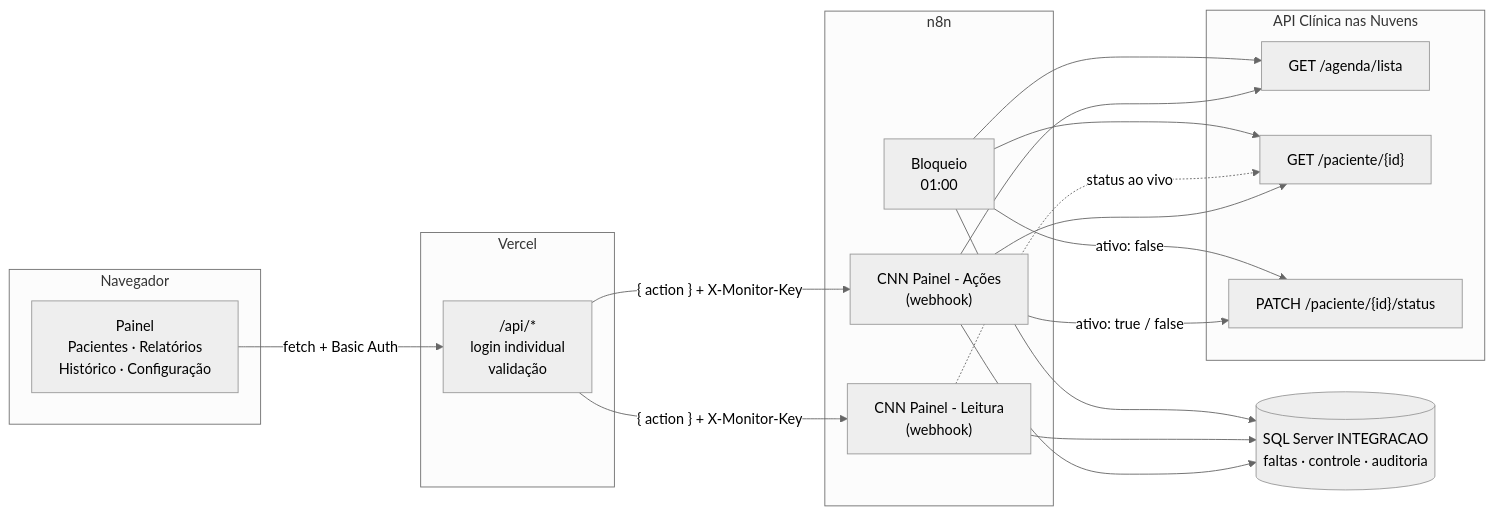
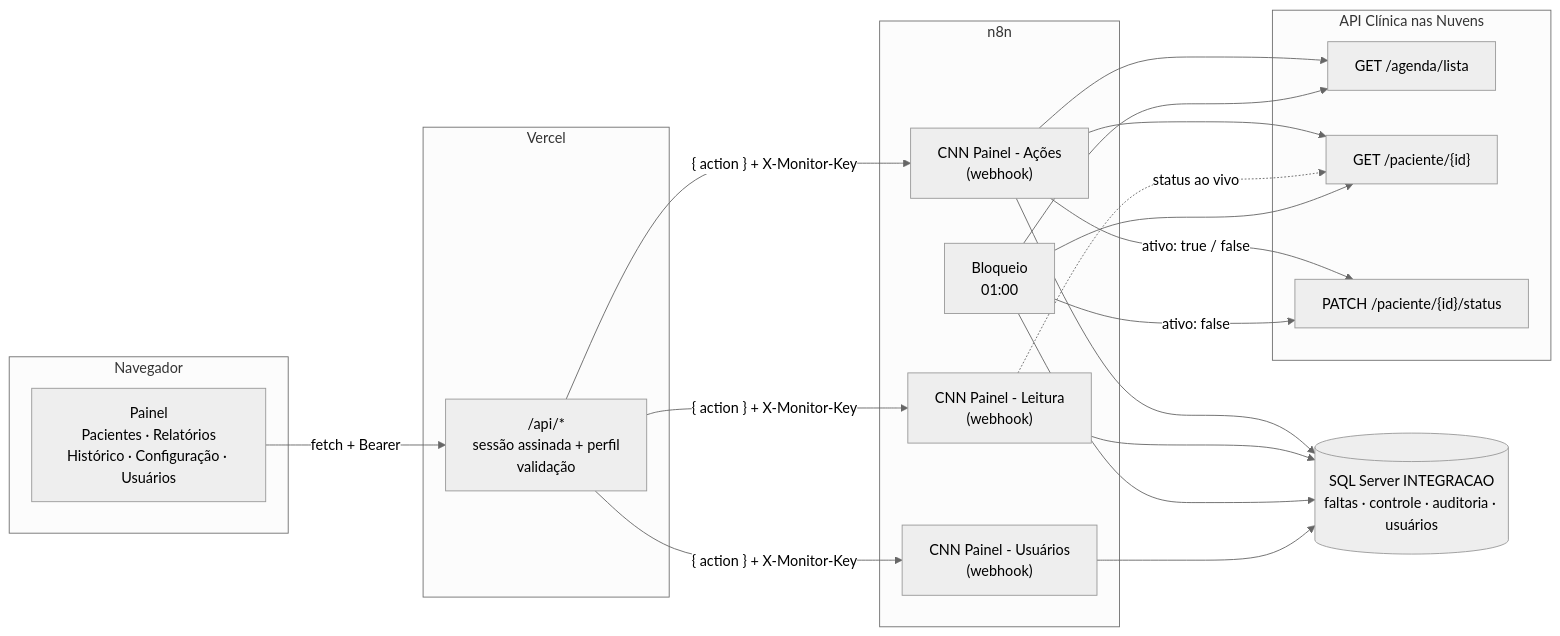
Before and after one commit to clariens/painel-integracao-desbloqueio-CNN-web: the diagram in docs/README.md, drawn with Mermaid (neutral theme). The commit also changed other lines of this file and 58 other files, not shown here.

````diff
--- a/docs/README.md
+++ b/docs/README.md
@@ -15,34 +16,37 @@
 ```mermaid
 flowchart LR
     subgraph Navegador
-        UI["Painel<br/>Pacientes · Relatórios<br/>Histórico · Configuração"]
+        UI["Painel<br/>Pacientes · Relatórios<br/>Histórico · Configuração · Usuários"]
     end
     subgraph Vercel
-        API["/api/*<br/>login individual<br/>validação"]
+        API["/api/*<br/>sessão assinada + perfil<br/>validação"]
     end
     subgraph N8N["n8n"]
         B["Bloqueio<br/>01:00"]
         L["CNN Painel - Leitura<br/>(webhook)"]
         A["CNN Painel - Ações<br/>(webhook)"]
+        US["CNN Painel - Usuários<br/>(webhook)"]
     end
     subgraph CNN["API Clínica nas Nuvens"]
         AG["GET /agenda/lista"]
         PAC["GET /paciente/{id}"]
         ST["PATCH /paciente/{id}/status"]
     end
-    DB[("SQL Server INTEGRACAO<br/>faltas · controle · auditoria")]
+    DB[("SQL Server INTEGRACAO<br/>faltas · controle · auditoria · usuários")]
 
-    UI -- "fetch + Basic Auth" --> API
+    UI -- "fetch + Bearer" --> API
+    API -- "{ action } + X-Monitor-Key" --> US
+    US --> DB
     API -- "{ action } + X-Monitor-Key" --> L
     API -- "{ action } + X-Monitor-Key" --> A
     B --> AG
     B --> PAC
     B -- "ativo: false" --> ST
     B --> DB
     L --> DB
     L -. "status ao vivo" .-> PAC
     A --> AG
     A --> PAC
     A -- "ativo: true / false" --> ST
     A --> DB
 ```
````
